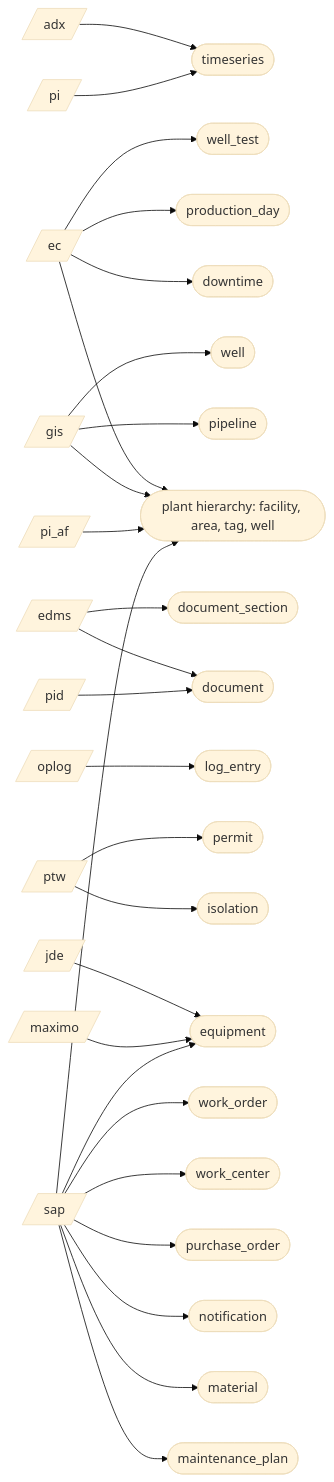
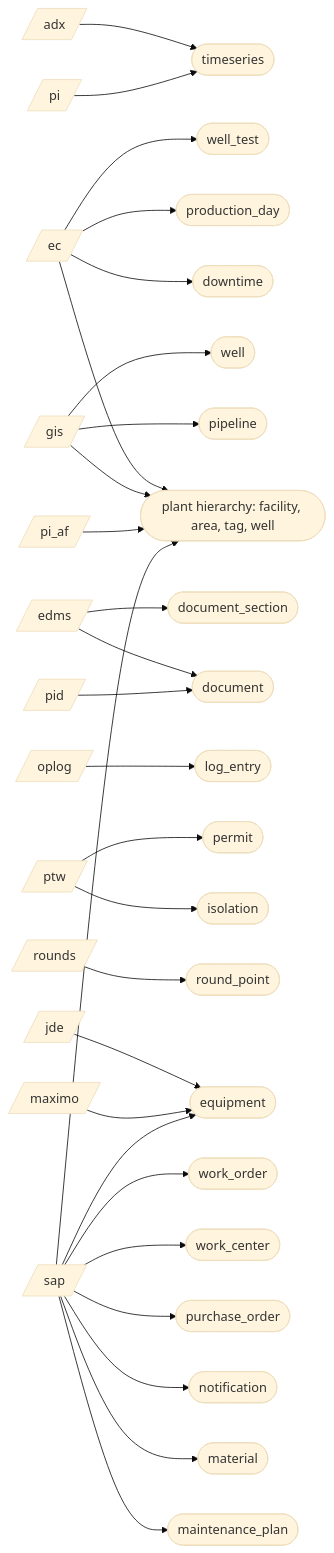
The second of 3 diagrams in docs/architecture.md (areed145/fuzer), drawn with Mermaid (base theme) before and after one commit. The commit also changed other lines of this file and 25 other files, not shown here.

First line of the commit message:
Operator rounds: a round per shift, readings on the phone, completion per shift (P5.4) (#725)

````diff
--- a/docs/architecture.md
+++ b/docs/architecture.md
@@ -79,60 +79,63 @@
 ```mermaid
 flowchart LR
   src_adx[/"adx"/]
   src_ec[/"ec"/]
   src_edms[/"edms"/]
   src_gis[/"gis"/]
   src_jde[/"jde"/]
   src_maximo[/"maximo"/]
   src_oplog[/"oplog"/]
   src_pi[/"pi"/]
   src_pi_af[/"pi_af"/]
   src_pid[/"pid"/]
   src_ptw[/"ptw"/]
+  src_rounds[/"rounds"/]
   src_sap[/"sap"/]
   kind_document(["document"])
   kind_document_section(["document_section"])
   kind_downtime(["downtime"])
   kind_equipment(["equipment"])
   kind_isolation(["isolation"])
   kind_log_entry(["log_entry"])
   kind_maintenance_plan(["maintenance_plan"])
   kind_material(["material"])
   kind_notification(["notification"])
   kind_permit(["permit"])
   kind_pipeline(["pipeline"])
   kind_plant_hierarchy__facility__area__tag__well(["plant hierarchy: facility, area, tag, well"])
   kind_production_day(["production_day"])
   kind_purchase_order(["purchase_order"])
+  kind_round_point(["round_point"])
   kind_timeseries(["timeseries"])
   kind_well(["well"])
   kind_well_test(["well_test"])
   kind_work_center(["work_center"])
   kind_work_order(["work_order"])
   src_adx --> kind_timeseries
   src_ec --> kind_downtime
   src_ec --> kind_plant_hierarchy__facility__area__tag__well
   src_ec --> kind_production_day
   src_ec --> kind_well_test
   src_edms --> kind_document
   src_edms --> kind_document_section
   src_gis --> kind_pipeline
   src_gis --> kind_plant_hierarchy__facility__area__tag__well
   src_gis --> kind_well
   src_jde --> kind_equipment
   src_maximo --> kind_equipment
   src_oplog --> kind_log_entry
   src_pi --> kind_timeseries
   src_pi_af --> kind_plant_hierarchy__facility__area__tag__well
   src_pid --> kind_document
   src_ptw --> kind_isolation
   src_ptw --> kind_permit
+  src_rounds --> kind_round_point
   src_sap --> kind_equipment
   src_sap --> kind_maintenance_plan
   src_sap --> kind_material
   src_sap --> kind_notification
   src_sap --> kind_plant_hierarchy__facility__area__tag__well
   src_sap --> kind_purchase_order
   src_sap --> kind_work_center
   src_sap --> kind_work_order
 ```
````
